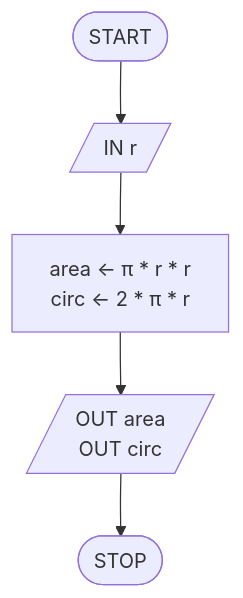
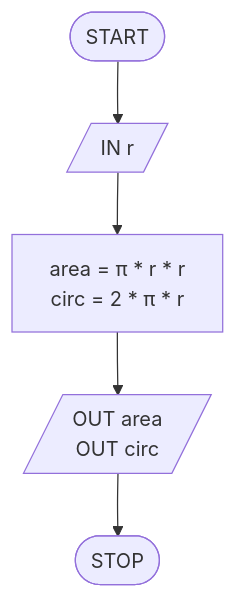
The second of 28 diagrams in flowcharts_soluzioni.md (pg-laboratorio/flowcharts_laboratorio_esercizi), drawn with Mermaid before and after one commit. The commit also changed other lines of this file, not shown here.

````diff
--- a/flowcharts_soluzioni.md
+++ b/flowcharts_soluzioni.md
@@ -40,7 +40,7 @@
 ```mermaid
 graph TD
     START([START]) --> INPUT[/"IN r"/]
-    INPUT --> PROC["area ← π * r * r<br>circ ← 2 * π * r"]
+    INPUT --> PROC["area = π * r * r<br>circ = 2 * π * r"]
     PROC --> OUTPUT[/"OUT area<br>OUT circ"/]
     OUTPUT --> STOP([STOP])
 ```
````
